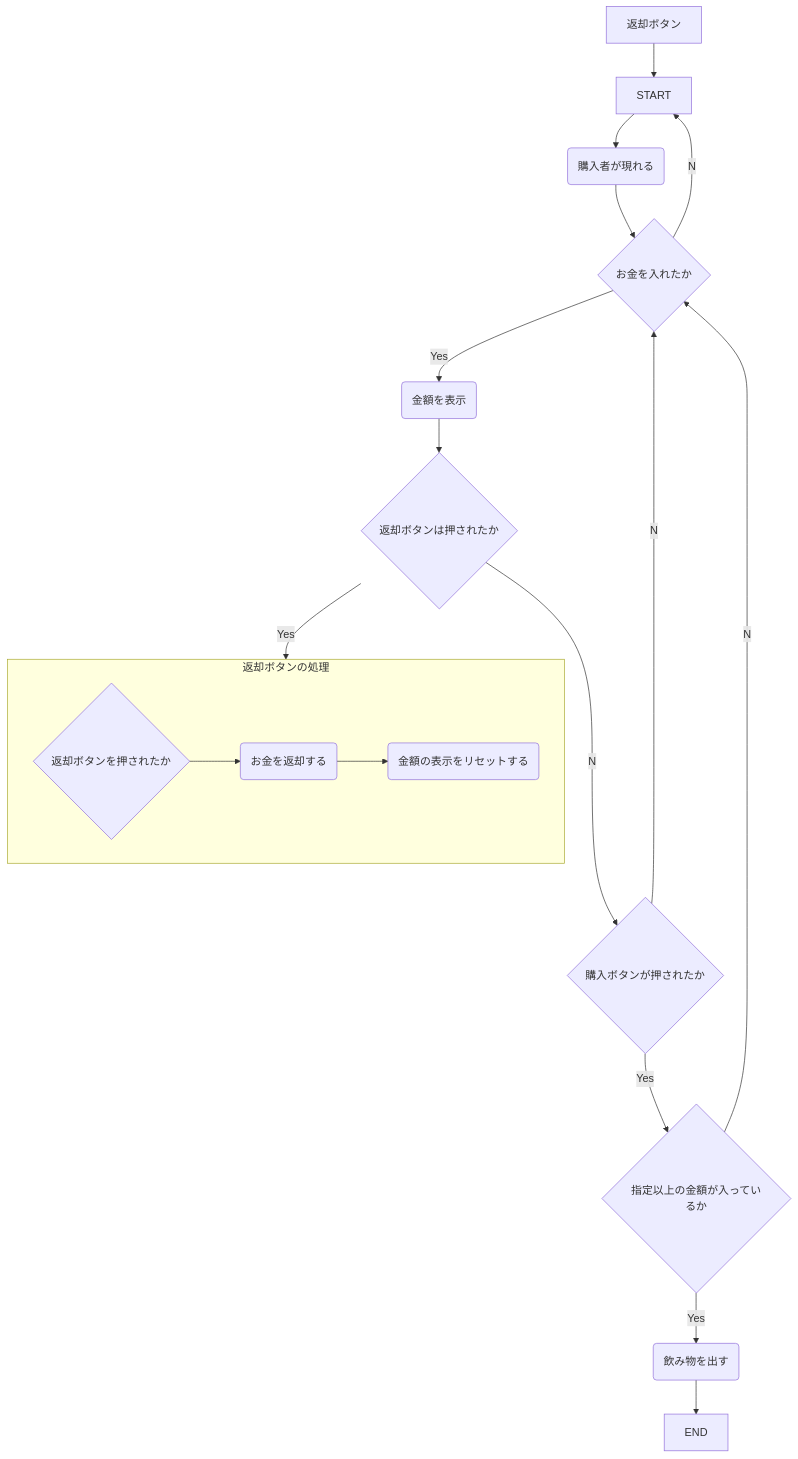
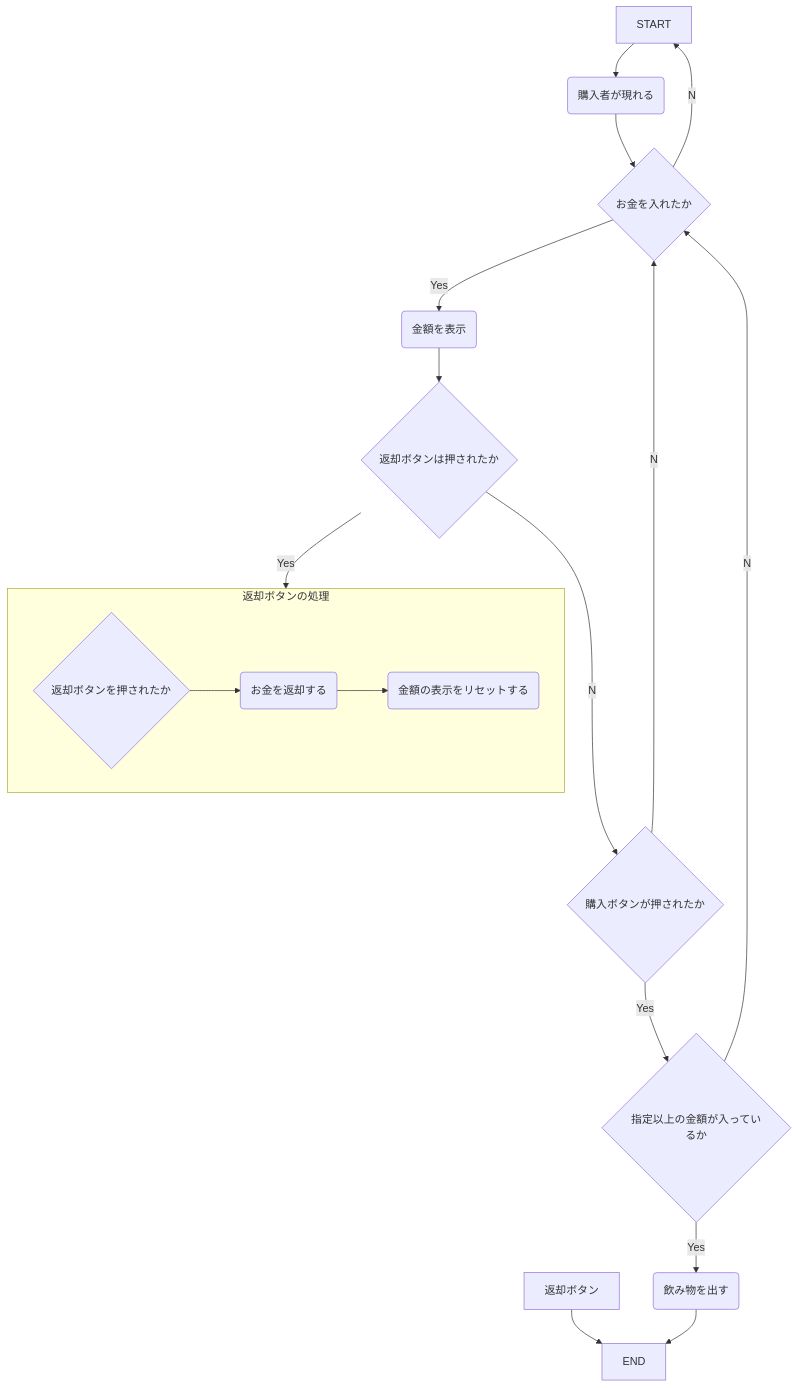
One commit to tpu-game-2022/mermaid_test changed the diagram in README.md. Above: the diagram before and after it, drawn with Mermaid.

Commit message:
フローチャートを変更した

````diff
--- a/README.md
+++ b/README.md
@@ -20,20 +20,20 @@
 ```mermaid
 flowchart TB
   START-->A(購入者が現れる)
   A(購入者が現れる)-->B{お金を入れたか}
   B--Yes-->C(金額を表示)
   B--No-->START
   C-->D{返却ボタンは押されたか}
   D--Yes-->返却ボタンの処理
   D--No-->E{購入ボタンが押されたか}
     subgraph 返却ボタンの処理
     direction LR
       D1{返却ボタンを押されたか}-->D2(お金を返却する)-->D3(金額の表示をリセットする)
     end
-  返却ボタン-->START
+  返却ボタン-->END
   E{購入ボタンが押されたか}--Yes-->F{指定以上の金額が入っているか}
   E--No-->B
   F--Yes-->G(飲み物を出す)
   F--No-->B
   G-->END
 ```
````
